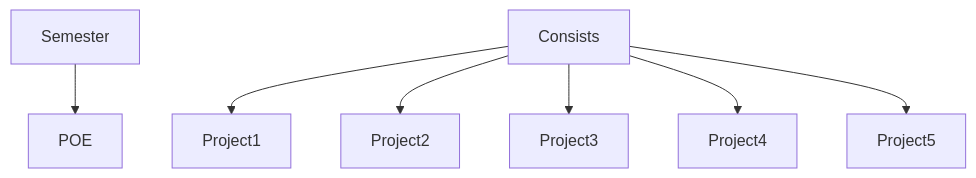
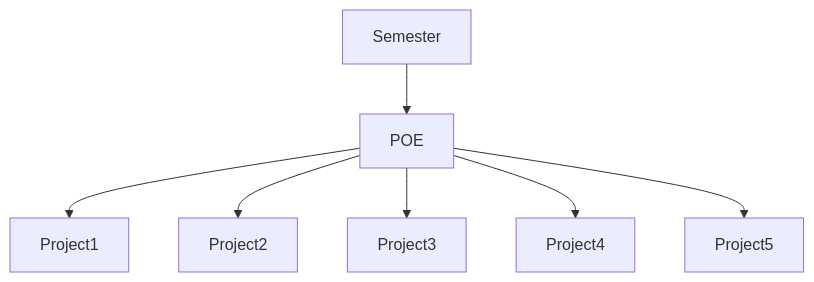
The second of 2 diagrams in README.md (Cryslender/CMPG-323-Overview-36627399), drawn with Mermaid before and after one commit.

````diff
--- a/README.md
+++ b/README.md
@@ -57,9 +57,9 @@
 ```mermaid
 graph TB;
       Semester-->POE;
-      Consists-->Project1;
-      Consists-->Project2;
-      Consists-->Project3;
-      Consists-->Project4;
-      Consists-->Project5;
+      POE-->Project1;
+      POE-->Project2;
+      POE-->Project3;
+      POE-->Project4;
+      POE-->Project5;
 ```
````
